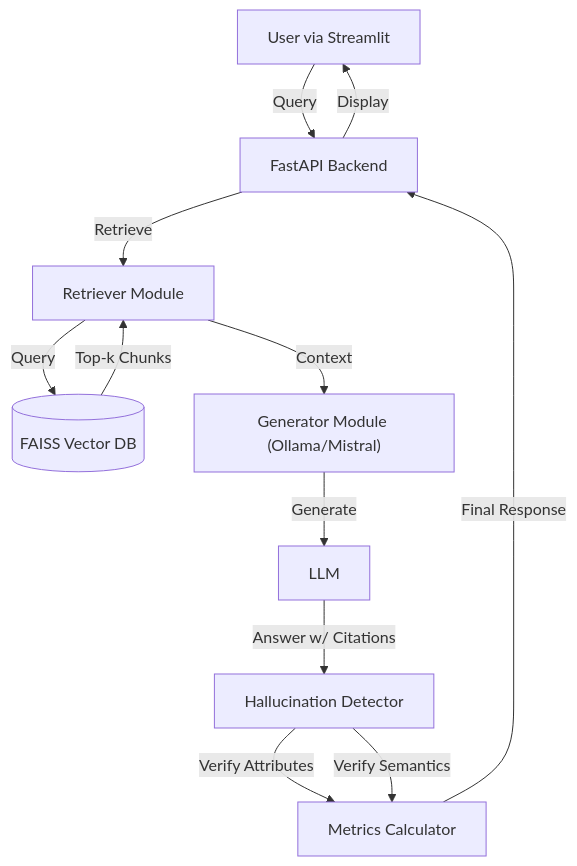
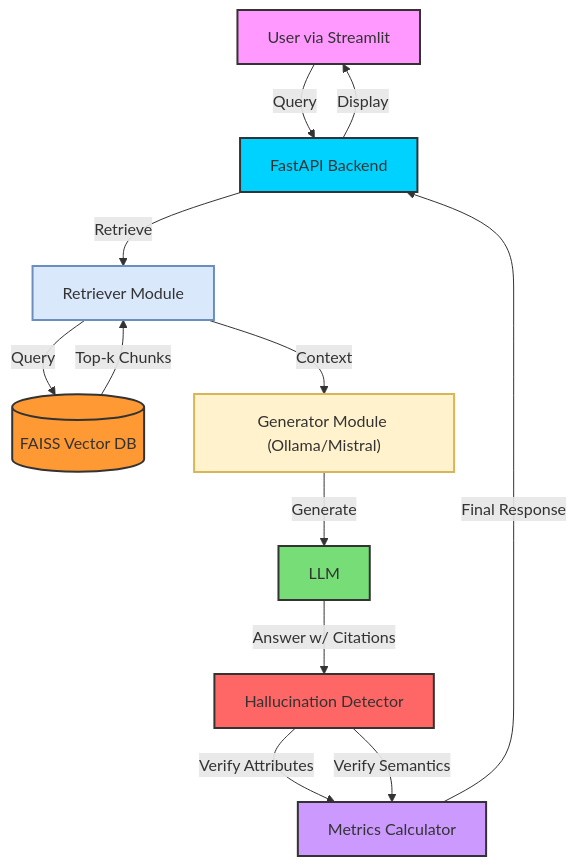
Before and after one commit to chandril-mallick/hallucination-aware-rag: the diagram in README.md, drawn with Mermaid.

Commit message:
Make System Architecture diagram colorful in README

````diff
--- a/README.md
+++ b/README.md
@@ -14,14 +14,24 @@
 ```mermaid
 graph TD
     User["User via Streamlit"] -->|Query| API["FastAPI Backend"]
     API -->|Retrieve| Retriever["Retriever Module"]
     Retriever -->|Query| FAISS[("FAISS Vector DB")]
     FAISS -->|Top-k Chunks| Retriever
     Retriever -->|Context| Generator["Generator Module (Ollama/Mistral)"]
     Generator -->|Generate| LLM["LLM"]
     LLM -->|Answer w/ Citations| Detector["Hallucination Detector"]
     Detector -->|Verify Attributes| Metrics["Metrics Calculator"]
     Detector -->|Verify Semantics| Metrics
     Metrics -->|Final Response| API
     API -->|Display| User
+
+    %% Styling
+    style User fill:#f9f,stroke:#333,stroke-width:2px
+    style API fill:#00d2ff,stroke:#333,stroke-width:2px
+    style FAISS fill:#ff9933,stroke:#333,stroke-width:2px
+    style LLM fill:#77dd77,stroke:#333,stroke-width:2px
+    style Detector fill:#ff6666,stroke:#333,stroke-width:2px
+    style Metrics fill:#cc99ff,stroke:#333,stroke-width:2px
+    style Generator fill:#fff2cc,stroke:#d6b656,stroke-width:2px
+    style Retriever fill:#dae8fc,stroke:#6c8ebf,stroke-width:2px
 ```
````
